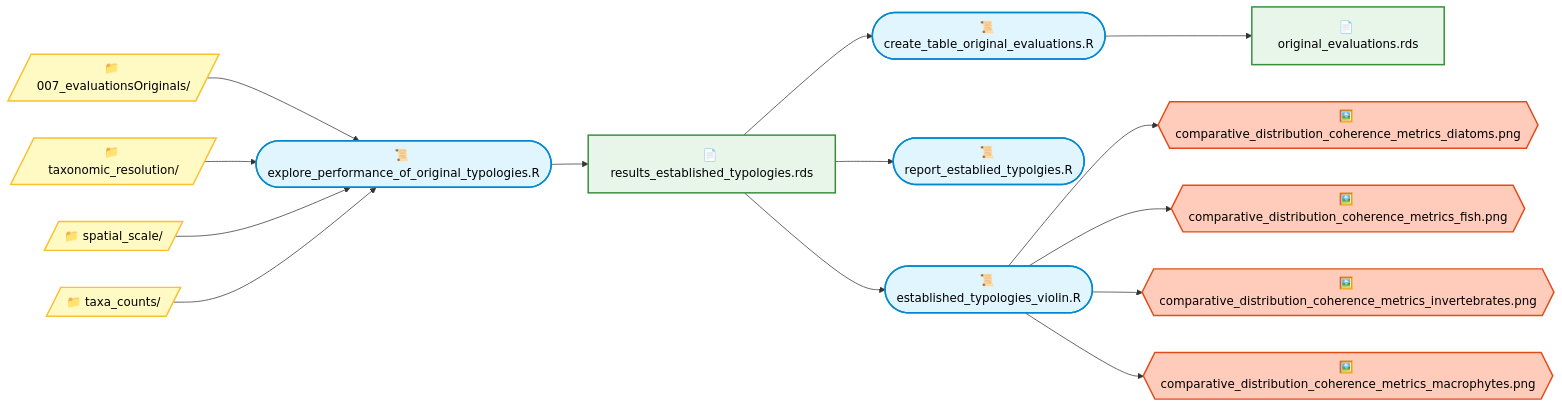
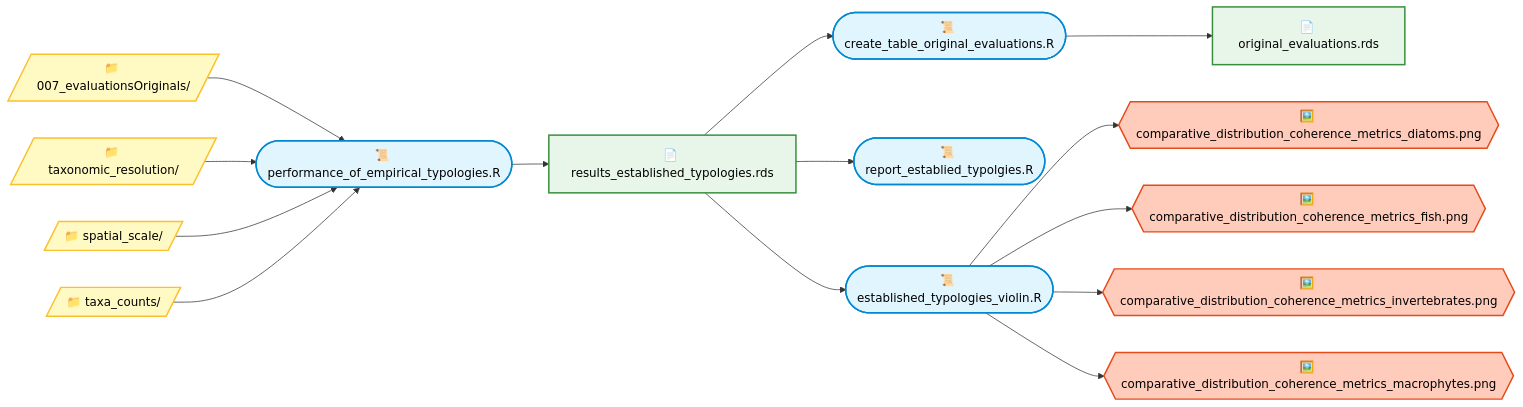
Before and after one commit to JonJup/FreshwaterTypologyBenchmarks: the first of 4 diagrams in docs/04_results_to_paper.md, drawn with Mermaid.

Commit message:
Rename script for performance evaluation

````diff
--- a/docs/04_results_to_paper.md
+++ b/docs/04_results_to_paper.md
@@ -2,47 +2,47 @@
 ``` mermaid
 flowchart LR
 
 classDef script fill:#E1F5FE,stroke:#0288D1,stroke-width:2px,color:#000
 classDef helper fill:#F3E5F5,stroke:#7B1FA2,stroke-width:2px,color:#000
 classDef file fill:#E8F5E9,stroke:#388E3C,stroke-width:2px,color:#000
 classDef folder fill:#FFF9C4,stroke:#FBC02D,stroke-width:2px,color:#000
 classDef figure fill:#FFCCBC,stroke:#E64A19,stroke-width:2px,color:#000
 
 %% Folders
 D1[/"📁 007_evaluationsOriginals/"/]:::folder
 D2[/"📁 taxonomic_resolution/"/]:::folder
 D3[/"📁 spatial_scale/"/]:::folder
 D4[/"📁 taxa_counts/"/]:::folder
 
 %% Scripts
-S1(["📜 explore_performance_of_original_typologies.R"]):::script
+S1(["📜 performance_of_empirical_typologies.R"]):::script
 S2(["📜 create_table_original_evaluations.R"]):::script
 S3(["📜 report_establied_typolgies.R"]):::script
 SF1(["📜 established_typologies_violin.R"]):::script
 
 %% Files
 F1["📄 results_established_typologies.rds"]:::file
 F2["📄 original_evaluations.rds"]:::file
 
 %% Figures
 G1{{"🖼️ comparative_distribution_coherence_metrics_diatoms.png"}}:::figure
 G2{{"🖼️ comparative_distribution_coherence_metrics_fish.png"}}:::figure
 G3{{"🖼️ comparative_distribution_coherence_metrics_invertebrates.png"}}:::figure
 G4{{"🖼️ comparative_distribution_coherence_metrics_macrophytes.png"}}:::figure
 
 %% Edges
 D1 --> S1
 D2 --> S1
 D3 --> S1
 D4 --> S1
 S1 --> F1
 F1 --> S2
 F1 --> S3
 F1 --> SF1
 S2 --> F2
 SF1 --> G1
 SF1 --> G2
 SF1 --> G3
 SF1 --> G4
 
 ```
````
